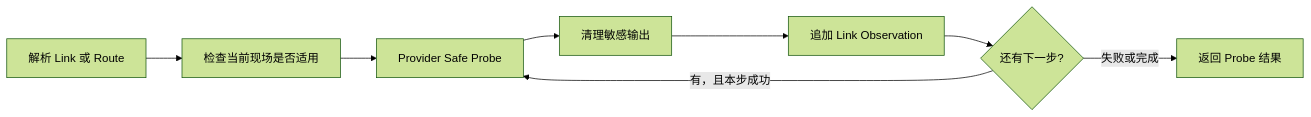
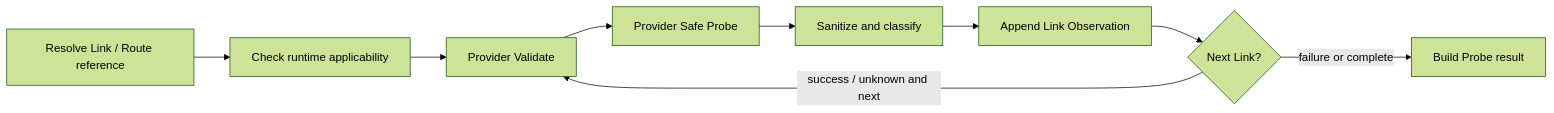
One commit to SWdrift/locus-link changed the fourth of 4 diagrams in documents/design/系统设计.md. Above: the diagram before and after it, drawn with Mermaid (forest theme). The commit also changed other lines of this file and 17 other files, not shown here.

````diff
--- a/documents/design/系统设计.md
+++ b/documents/design/系统设计.md
@@ -71,10 +334,11 @@
 ```mermaid
 flowchart LR
-    A[解析 Link 或 Route] --> B[检查当前现场是否适用]
-    B --> C[Provider Safe Probe]
-    C --> D[清理敏感输出]
-    D --> E[追加 Link Observation]
-    E --> F{还有下一步?}
-    F -->|有，且本步成功| C
-    F -->|失败或完成| G[返回 Probe 结果]
+    A["Resolve Link / Route reference"] --> B["Check runtime applicability"]
+    B --> C["Provider Validate"]
+    C --> D["Provider Safe Probe"]
+    D --> E["Sanitize and classify"]
+    E --> F["Append Link Observation"]
+    F --> G{"Next Link?"}
+    G -->|"success / unknown and next"| C
+    G -->|"failure or complete"| H["Build Probe result"]
 ```
````
